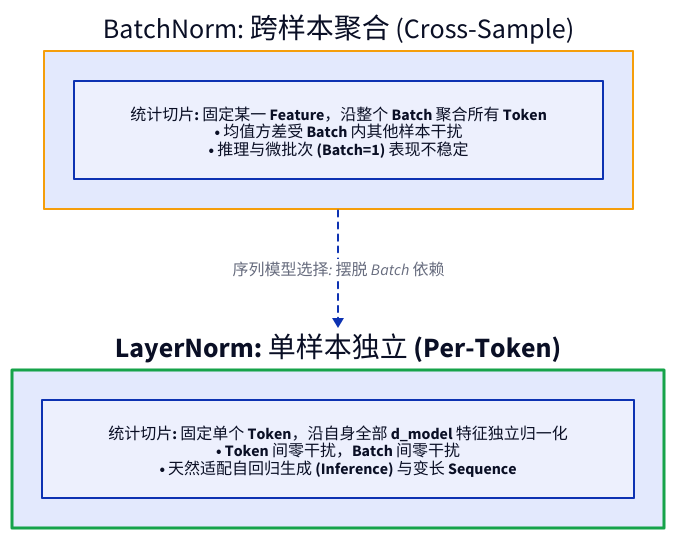
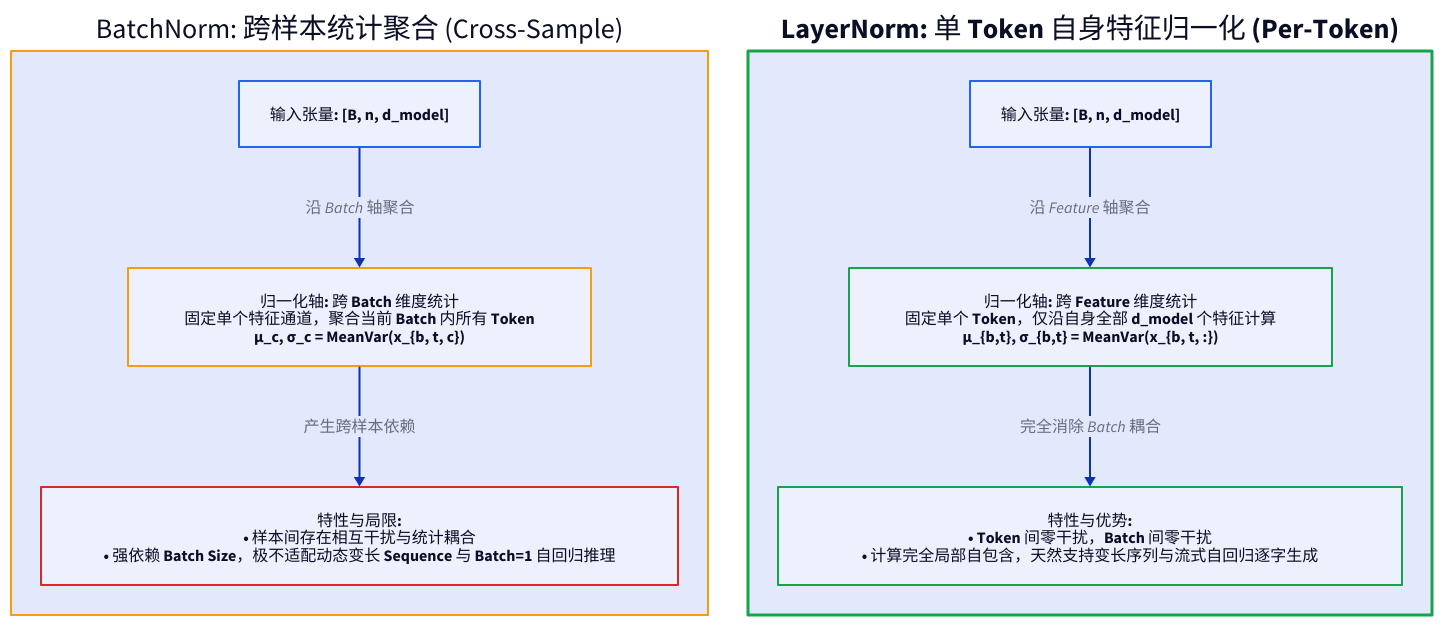
One commit to 111qqz/111qqz.github.io changed the diagram in images/transformer-block-residual-stream/layernorm-vs-batchnorm.d2. Above: the diagram before and after it, drawn with D2. The commit also changed 512 other files, not shown here.

Commit message:
fix(images): 同步概率密度配图精简并更新图片清册 111qqz/hugo-blog@1e605b2ee9908b4a5846f8919189ce75324d62b7

```diff
--- a/images/transformer-block-residual-stream/layernorm-vs-batchnorm.d2
+++ b/images/transformer-block-residual-stream/layernorm-vs-batchnorm.d2
@@ -1,20 +1,47 @@
-direction: down
+grid-columns: 2
 
-bn_box: "BatchNorm: 跨样本聚合 (Cross-Sample)" {
+bn_box: "BatchNorm: 跨样本统计聚合 (Cross-Sample)" {
   style.stroke: "#f59e0b"
   style.stroke-width: 2
-  
-  bn_slice: "统计切片: 固定某一 Feature，沿整个 Batch 聚合所有 Token\n• 均值方差受 Batch 内其他样本干扰\n• 推理与微批次 (Batch=1) 表现不稳定"
+
+  in_bn: "输入张量: [B, n, d_model]" {
+    style.stroke: "#2563eb"
+  }
+
+  slice_bn: "归一化轴: 跨 Batch 维度统计\n固定单个特征通道，聚合当前 Batch 内所有 Token\nμ_c, σ_c = MeanVar(x_{b, t, c})" {
+    style.stroke: "#f59e0b"
+    style.stroke-width: 2
+    style.bold: true
+  }
+
+  trait_bn: "特性与局限:\n• 样本间存在相互干扰与统计耦合\n• 强依赖 Batch Size，极不适配动态变长 Sequence 与 Batch=1 自回归推理" {
+    style.stroke: "#dc2626"
+  }
+
+  in_bn -> slice_bn: "沿 Batch 轴聚合"
+  slice_bn -> trait_bn: "产生跨样本依赖"
 }
 
-ln_box: "LayerNorm: 单样本独立 (Per-Token)" {
+ln_box: "LayerNorm: 单 Token 自身特征归一化 (Per-Token)" {
   style.stroke: "#16a34a"
   style.stroke-width: 3
   style.bold: true
-  
-  ln_slice: "统计切片: 固定单个 Token，沿自身全部 d_model 特征独立归一化\n• Token 间零干扰，Batch 间零干扰\n• 天然适配自回归生成 (Inference) 与变长 Sequence"
+
+  in_ln: "输入张量: [B, n, d_model]" {
+    style.stroke: "#2563eb"
+  }
+
+  slice_ln: "归一化轴: 跨 Feature 维度统计\n固定单个 Token，仅沿自身全部 d_model 个特征计算\nμ_{b,t}, σ_{b,t} = MeanVar(x_{b, t, :})" {
+    style.stroke: "#16a34a"
+    style.stroke-width: 2
+    style.bold: true
+  }
+
+  trait_ln: "特性与优势:\n• Token 间零干扰，Batch 间零干扰\n• 计算完全局部自包含，天然支持变长序列与流式自回归逐字生成" {
+    style.stroke: "#16a34a"
+    style.bold: true
+  }
+
+  in_ln -> slice_ln: "沿 Feature 轴聚合"
+  slice_ln -> trait_ln: "完全消除 Batch 耦合"
 }
-
-bn_box -> ln_box: "序列模型选择: 摆脱 Batch 依赖" {
-  style.stroke-dash: 3
-}
```
